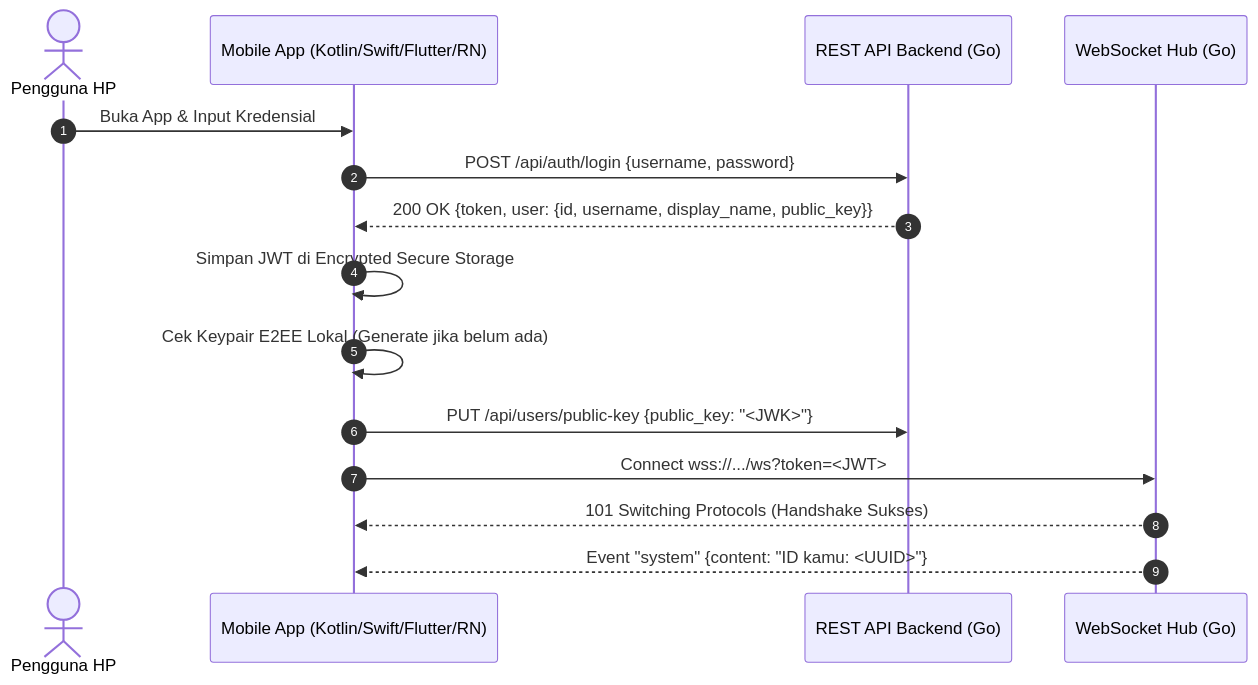
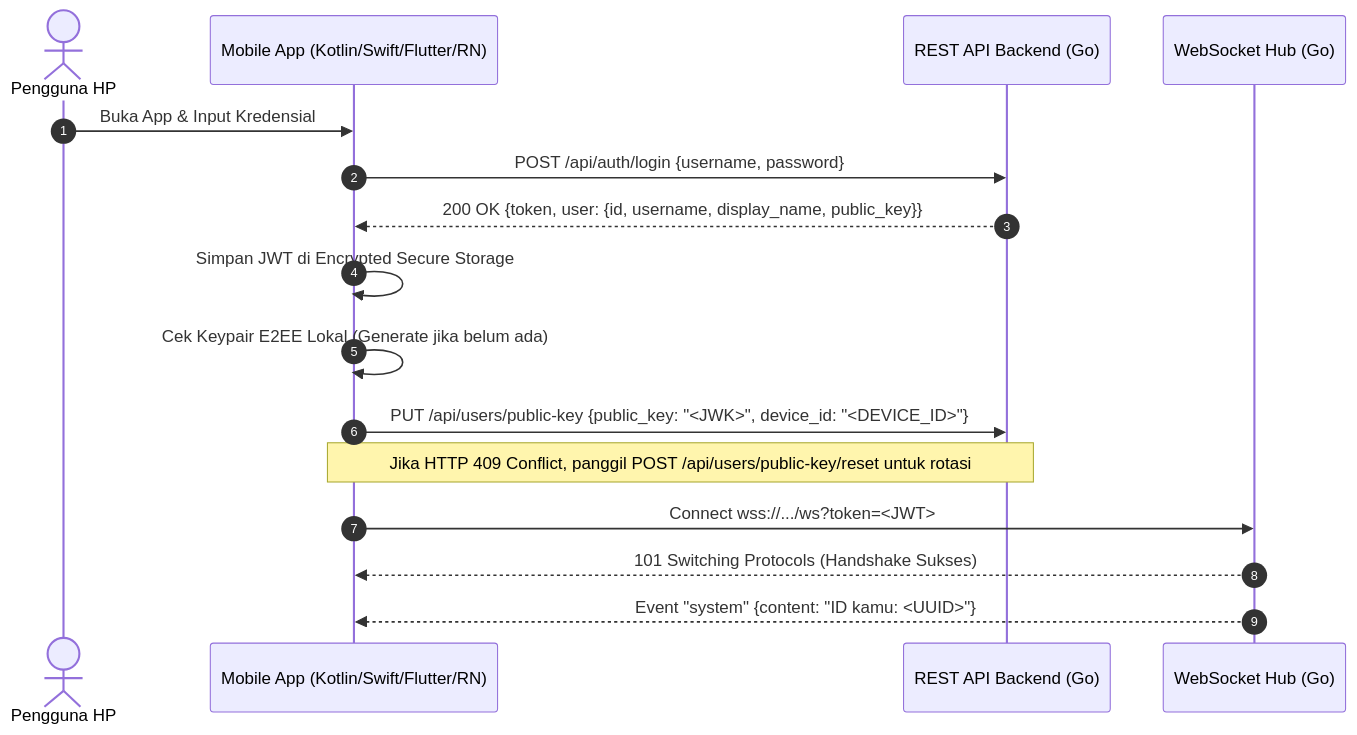
The diagram in docs/MOBILE_INTEGRATION_GUIDE.md (mhdarifsetiawan01/wuzz-chat), drawn with Mermaid before and after one commit. The commit also changed other lines of this file and 23 other files, not shown here.

Commit message:
feat(e2ee): implement single active device guard, key conflict prevention & device rotation UI

````diff
--- a/docs/MOBILE_INTEGRATION_GUIDE.md
+++ b/docs/MOBILE_INTEGRATION_GUIDE.md
@@ -28,18 +28,19 @@
 ```mermaid
 sequenceDiagram
     autonumber
     actor User as Pengguna HP
     participant App as Mobile App (Kotlin/Swift/Flutter/RN)
     participant REST as REST API Backend (Go)
     participant WS as WebSocket Hub (Go)
 
     User->>App: Buka App & Input Kredensial
     App->>REST: POST /api/auth/login {username, password}
     REST-->>App: 200 OK {token, user: {id, username, display_name, public_key}}
     App->>App: Simpan JWT di Encrypted Secure Storage
     App->>App: Cek Keypair E2EE Lokal (Generate jika belum ada)
-    App->>REST: PUT /api/users/public-key {public_key: "<JWK>"}
+    App->>REST: PUT /api/users/public-key {public_key: "<JWK>", device_id: "<DEVICE_ID>"}
+    Note over App,REST: Jika HTTP 409 Conflict, panggil POST /api/users/public-key/reset untuk rotasi
     App->>WS: Connect wss://.../ws?token=<JWT>
     WS-->>App: 101 Switching Protocols (Handshake Sukses)
     WS-->>App: Event "system" {content: "ID kamu: <UUID>"}
 ```
````
